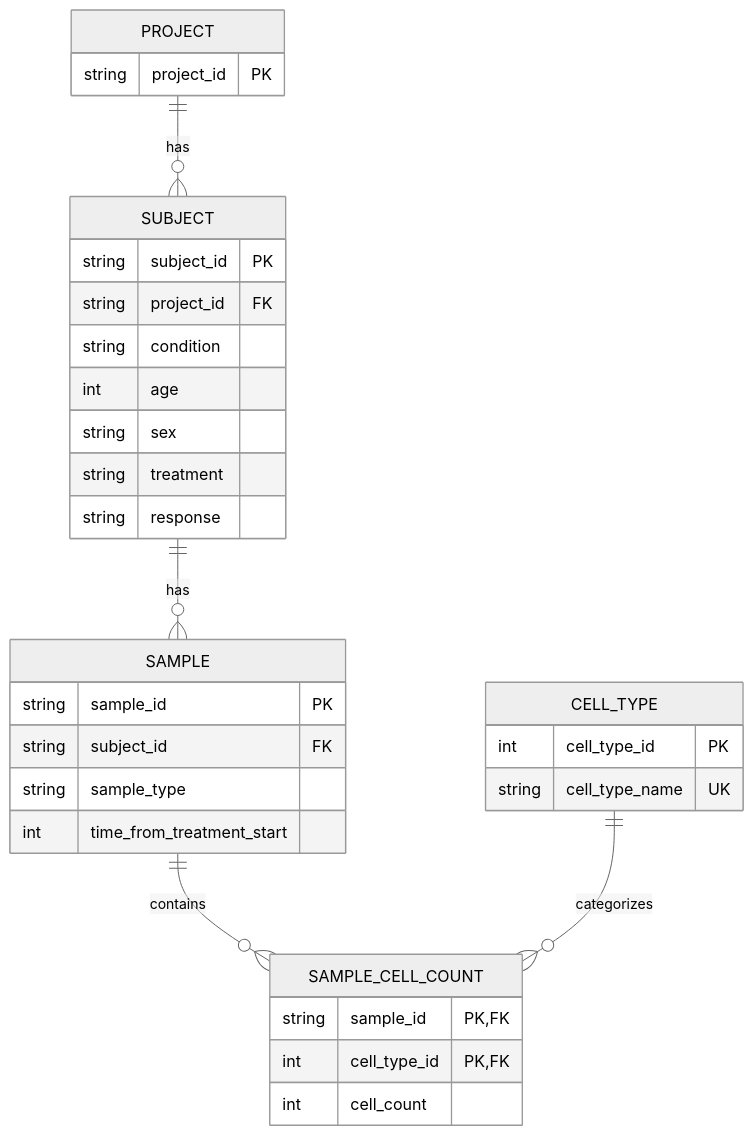
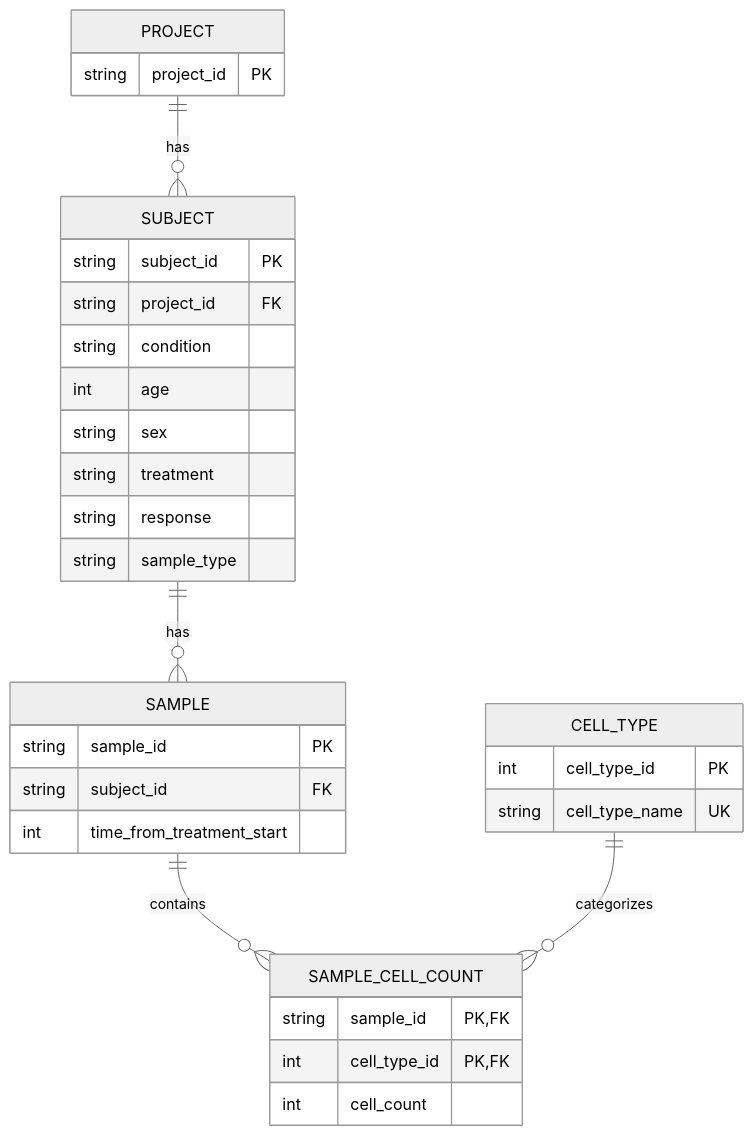
The diagram in README.md (Andrew-Arthur/TeikoTechnical), drawn with Mermaid (neutral theme) before and after one commit. The commit also changed other lines of this file and 3 other files, not shown here.

Commit message:
change sample type to be subject member

````diff
--- a/README.md
+++ b/README.md
@@ -7,39 +7,39 @@
 ```mermaid
 erDiagram
     PROJECT ||--o{ SUBJECT : has
     SUBJECT ||--o{ SAMPLE : has
     SAMPLE ||--o{ SAMPLE_CELL_COUNT : contains
     CELL_TYPE ||--o{ SAMPLE_CELL_COUNT : categorizes
 
     PROJECT {
         string project_id PK
     }
 
     SUBJECT {
         string subject_id PK
         string project_id FK
         string condition
         int age
         string sex
         string treatment
         string response
+        string sample_type
     }
 
     SAMPLE {
         string sample_id PK
         string subject_id FK
-        string sample_type
         int time_from_treatment_start
     }
 
     CELL_TYPE {
         int cell_type_id PK
         string cell_type_name UK
     }
 
     SAMPLE_CELL_COUNT {
         string sample_id PK, FK
         int cell_type_id PK, FK
         int cell_count
     }
 ```
````
